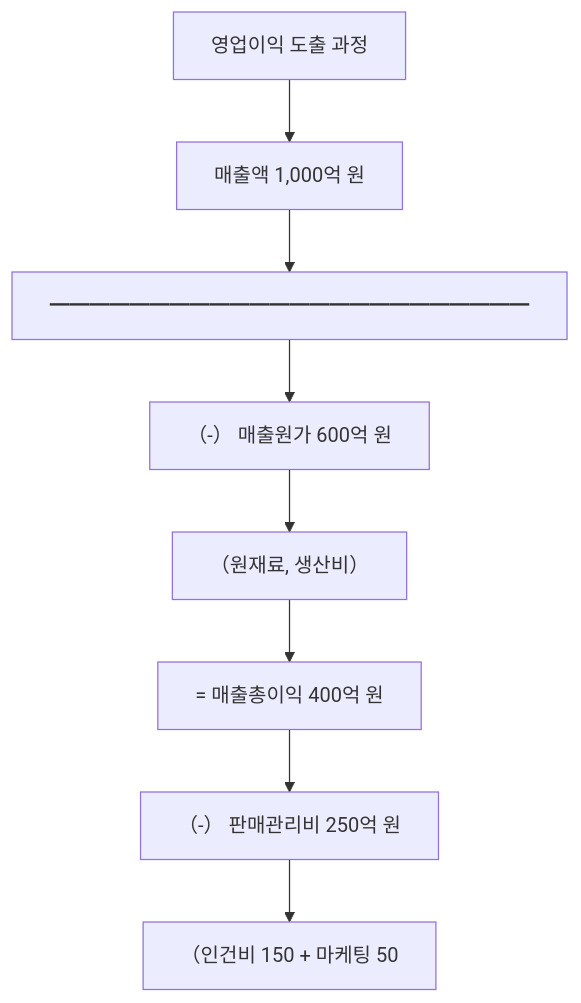
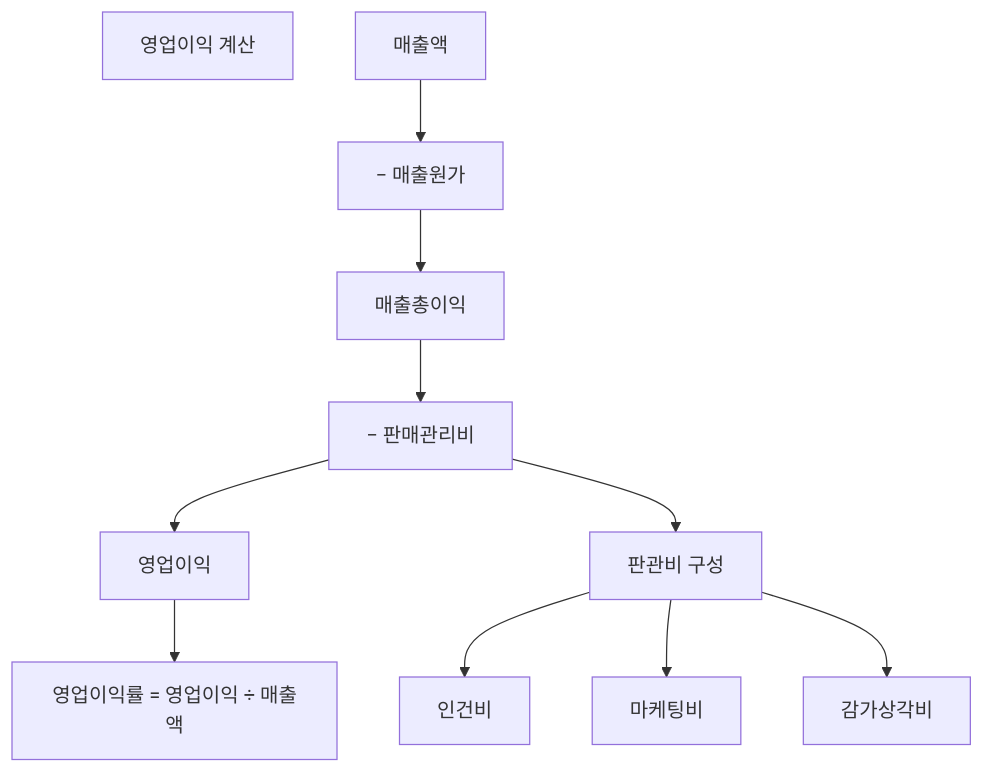
The diagram in content/stock-terms/ko/level-03-financial-statements/operating-income.md (yeongseon/stock-visual-note), drawn with Mermaid before and after one commit. The commit also changed other lines of this file and 96 other files, not shown here.

Commit message:
Rewrite all 98 remaining articles: branching Mermaid diagrams, natural search_intent, compelling seo_titles, clean descriptions

````diff
--- a/content/stock-terms/ko/level-03-financial-statements/operating-income.md
+++ b/content/stock-terms/ko/level-03-financial-statements/operating-income.md
@@ -56,18 +56,13 @@
 ```mermaid
 graph TD
-    N0["영업이익 도출 과정"]
-    N1["매출액 1,000억 원"]
-    N2["━━━━━━━━━━━━━━━━━━━━━━━━"]
-    N3["（-） 매출원가 600억 원"]
-    N4["（원재료, 생산비）"]
-    N5["= 매출총이익 400억 원"]
-    N6["（-） 판매관리비 250억 원"]
-    N7["（인건비 150 + 마케팅 50"]
-    N0 --> N1
-    N1 --> N2
-    N2 --> N3
-    N3 --> N4
-    N4 --> N5
-    N5 --> N6
-    N6 --> N7
+    A["영업이익 계산"]
+    B["매출액"] --> C["− 매출원가"]
+    C --> D["매출총이익"]
+    D --> E["− 판매관리비"]
+    E --> F["영업이익"]
+    E --> G["판관비 구성"]
+    G --> H["인건비"]
+    G --> I["마케팅비"]
+    G --> J["감가상각비"]
+    F --> K["영업이익률 = 영업이익 ÷ 매출액"]
 ```
````
